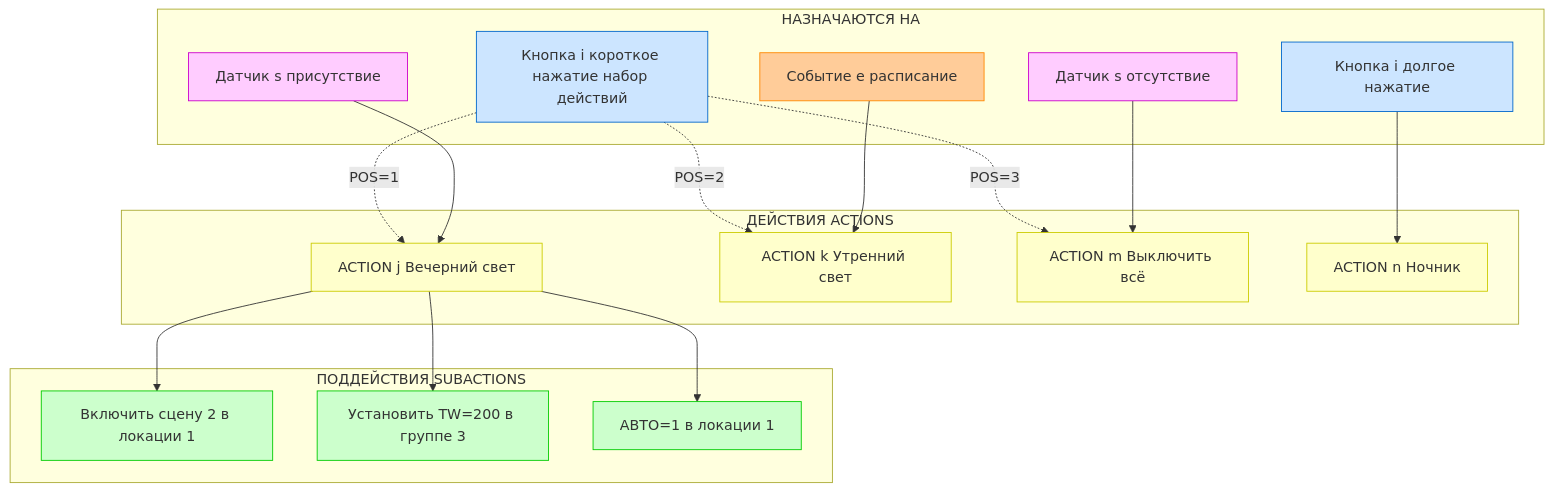
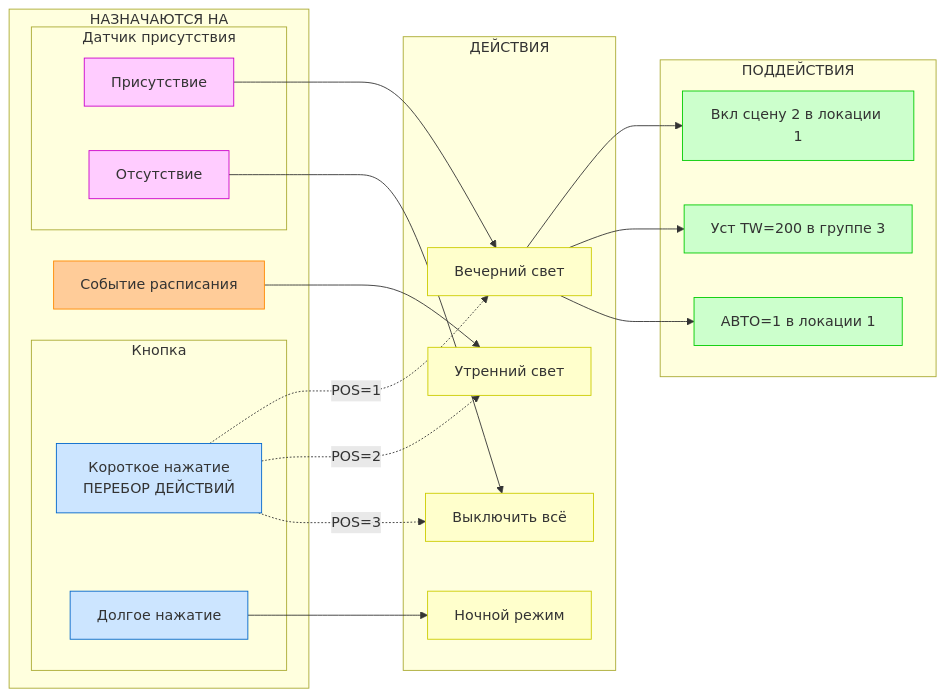
One commit to KhudyakovAlex/Synapse changed the diagram in PDS/SynapsePDS_FW_Logic.md. Above: the diagram before and after it, drawn with Mermaid. The commit also changed other lines of this file and 3 other files, not shown here.

Commit message:
Improve Mermaid diagram: use LR layout, add subgraphs for button and sensor

````diff
--- a/PDS/SynapsePDS_FW_Logic.md
+++ b/PDS/SynapsePDS_FW_Logic.md
@@ -112,49 +112,54 @@
 ```mermaid
-graph TB
-    subgraph SUBACTIONS[ПОДДЕЙСТВИЯ SUBACTIONS]
-        SUB1[Включить сцену 2 в локации 1]
-        SUB2[Установить TW=200 в группе 3]
+graph LR
+    subgraph SUBACTIONS[ПОДДЕЙСТВИЯ]
+        SUB1[Вкл сцену 2 в локации 1]
+        SUB2[Уст TW=200 в группе 3]
         SUB3[АВТО=1 в локации 1]
     end
     
-    subgraph ACTIONS[ДЕЙСТВИЯ ACTIONS]
-        ACT1[ACTION j Вечерний свет]
-        ACT2[ACTION k Утренний свет]
-        ACT3[ACTION m Выключить всё]
-        ACT4[ACTION n Ночник]
+    subgraph ACTIONS[ДЕЙСТВИЯ]
+        ACT1[Вечерний свет]
+        ACT2[Утренний свет]
+        ACT3[Выключить всё]
+        ACT4[Ночной режим]
     end
     
     subgraph TRIGGERS[НАЗНАЧАЮТСЯ НА]
-        BTN_SHORT[Кнопка i короткое нажатие набор действий]
-        BTN_LONG[Кнопка i долгое нажатие]
-        SENS_OCC[Датчик s присутствие]
-        SENS_VAC[Датчик s отсутствие]
-        EVENT[Событие e расписание]
+        subgraph BTN[Кнопка]
+            BTN_SHORT[Короткое нажатие<br>ПЕРЕБОР ДЕЙСТВИЙ]
+            BTN_LONG[Долгое нажатие]
+        end
+        subgraph SENS[Датчик присутствия]
+            SENS_OCC[Присутствие]
+            SENS_VAC[Отсутствие]
+        end
+        
+        EVENT[Событие расписания]
     end
     
     ACT1 --> SUB1
     ACT1 --> SUB2
     ACT1 --> SUB3
     
     BTN_SHORT -.POS=1.-> ACT1
     BTN_SHORT -.POS=2.-> ACT2
     BTN_SHORT -.POS=3.-> ACT3
     
     BTN_LONG --> ACT4
     SENS_OCC --> ACT1
     SENS_VAC --> ACT3
     EVENT --> ACT2
     
     style SUB1 fill:#ccffcc,stroke:#00cc00
     style SUB2 fill:#ccffcc,stroke:#00cc00
     style SUB3 fill:#ccffcc,stroke:#00cc00
     style ACT1 fill:#ffffcc,stroke:#cccc00
     style ACT2 fill:#ffffcc,stroke:#cccc00
     style ACT3 fill:#ffffcc,stroke:#cccc00
     style ACT4 fill:#ffffcc,stroke:#cccc00
     style BTN_SHORT fill:#cce5ff,stroke:#0066cc
     style BTN_LONG fill:#cce5ff,stroke:#0066cc
     style SENS_OCC fill:#ffccff,stroke:#cc00cc
     style SENS_VAC fill:#ffccff,stroke:#cc00cc
     style EVENT fill:#ffcc99,stroke:#ff8800
 ```
````
